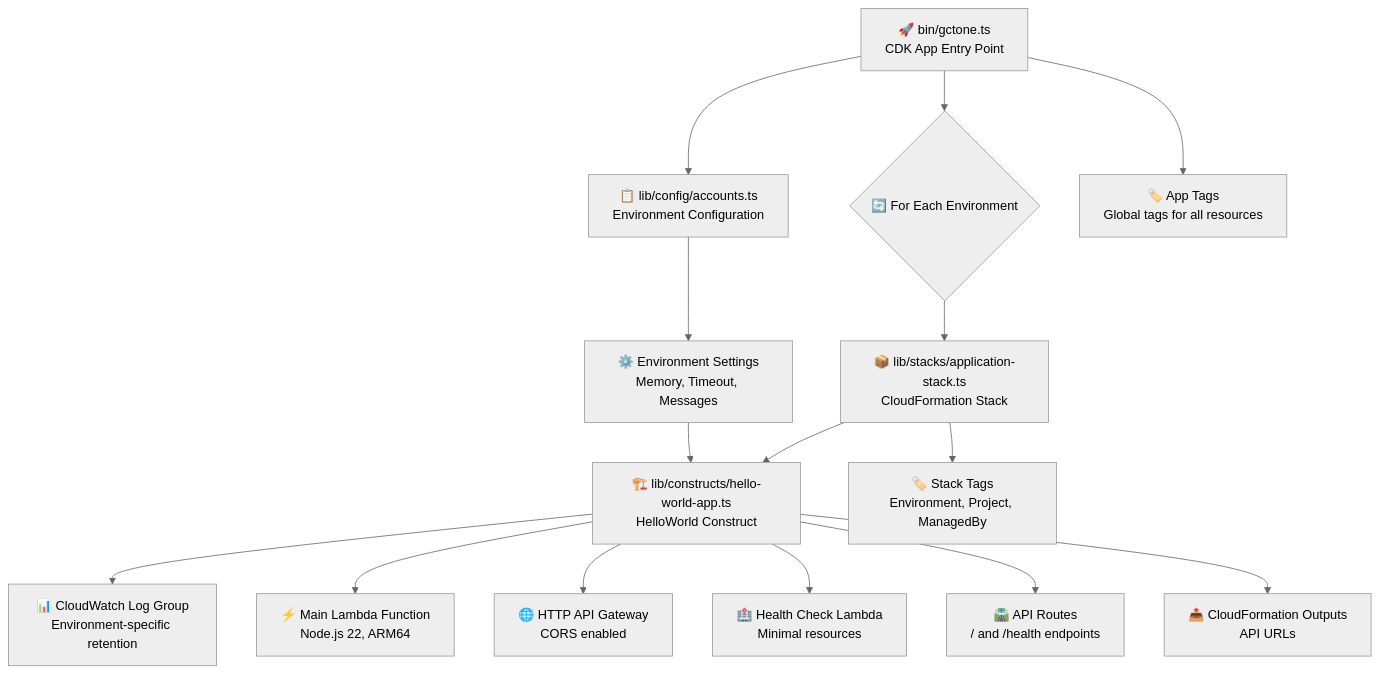
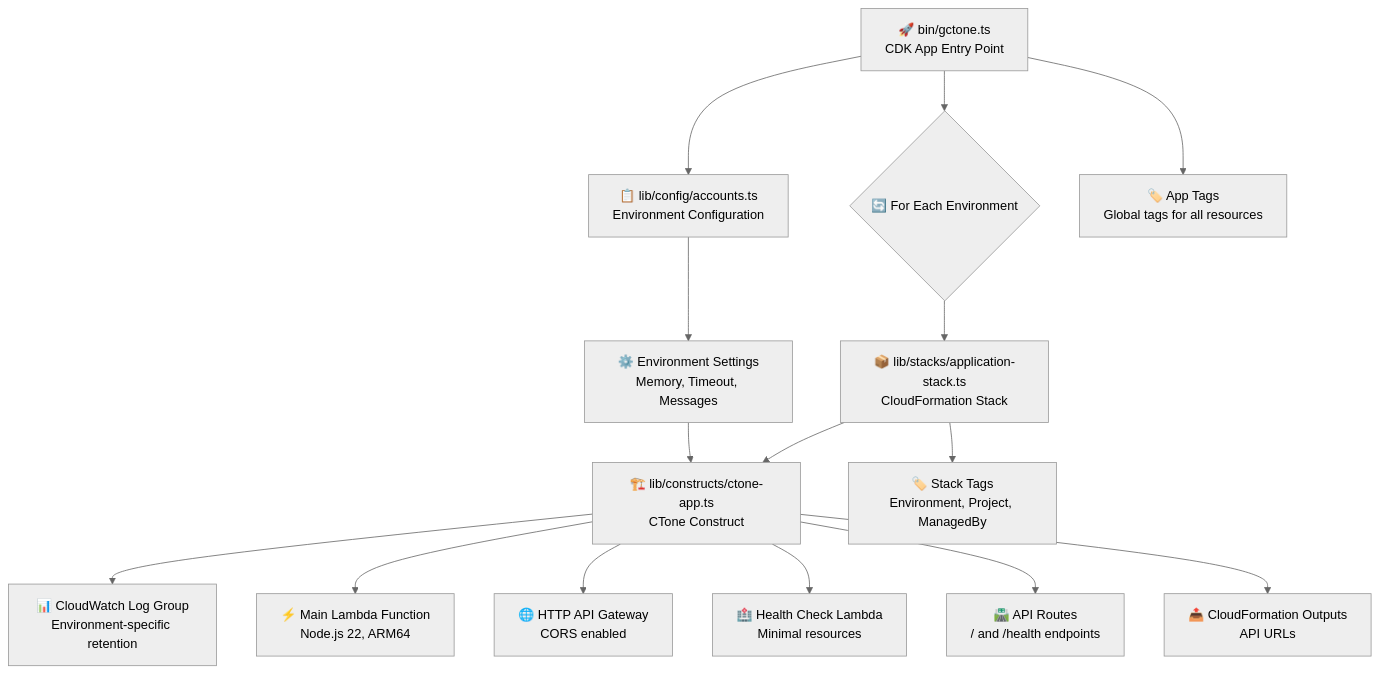
One commit to robertrahardja/gctone changed the tenth of 17 diagrams in docs/automated/APP_FLOW.md. Above: the diagram before and after it, drawn with Mermaid (neutral theme). The commit also changed other lines of this file and 33 other files, not shown here.

````diff
--- a/docs/automated/APP_FLOW.md
+++ b/docs/automated/APP_FLOW.md
@@ -399,24 +399,24 @@
 ```mermaid
 graph TB
     Entry["🚀 bin/gctone.ts<br/>CDK App Entry Point"]
 
     Entry --> AccountsConfig["📋 lib/config/accounts.ts<br/>Environment Configuration"]
 
     Entry --> StackLoop{"🔄 For Each Environment"}
     StackLoop --> AppStack["📦 lib/stacks/application-stack.ts<br/>CloudFormation Stack"]
 
-    AppStack --> HelloWorldConstruct["🏗️ lib/constructs/hello-world-app.ts<br/>HelloWorld Construct"]
+    AppStack --> CToneConstruct["🏗️ lib/constructs/ctone-app.ts<br/>CTone Construct"]
 
-    HelloWorldConstruct --> LogGroupRes["📊 CloudWatch Log Group<br/>Environment-specific retention"]
-    HelloWorldConstruct --> LambdaRes["⚡ Main Lambda Function<br/>Node.js 22, ARM64"]
-    HelloWorldConstruct --> APIRes["🌐 HTTP API Gateway<br/>CORS enabled"]
-    HelloWorldConstruct --> HealthRes["🏥 Health Check Lambda<br/>Minimal resources"]
-    HelloWorldConstruct --> RoutesRes["🛣️ API Routes<br/>/ and /health endpoints"]
-    HelloWorldConstruct --> OutputsRes["📤 CloudFormation Outputs<br/>API URLs"]
+    CToneConstruct --> LogGroupRes["📊 CloudWatch Log Group<br/>Environment-specific retention"]
+    CToneConstruct --> LambdaRes["⚡ Main Lambda Function<br/>Node.js 22, ARM64"]
+    CToneConstruct --> APIRes["🌐 HTTP API Gateway<br/>CORS enabled"]
+    CToneConstruct --> HealthRes["🏥 Health Check Lambda<br/>Minimal resources"]
+    CToneConstruct --> RoutesRes["🛣️ API Routes<br/>/ and /health endpoints"]
+    CToneConstruct --> OutputsRes["📤 CloudFormation Outputs<br/>API URLs"]
 
     AppStack --> StackTags["🏷️ Stack Tags<br/>Environment, Project, ManagedBy"]
     Entry --> AppTags["🏷️ App Tags<br/>Global tags for all resources"]
 
     AccountsConfig --> EnvConfig["⚙️ Environment Settings<br/>Memory, Timeout, Messages"]
-    EnvConfig --> HelloWorldConstruct
+    EnvConfig --> CToneConstruct
 ```
````
